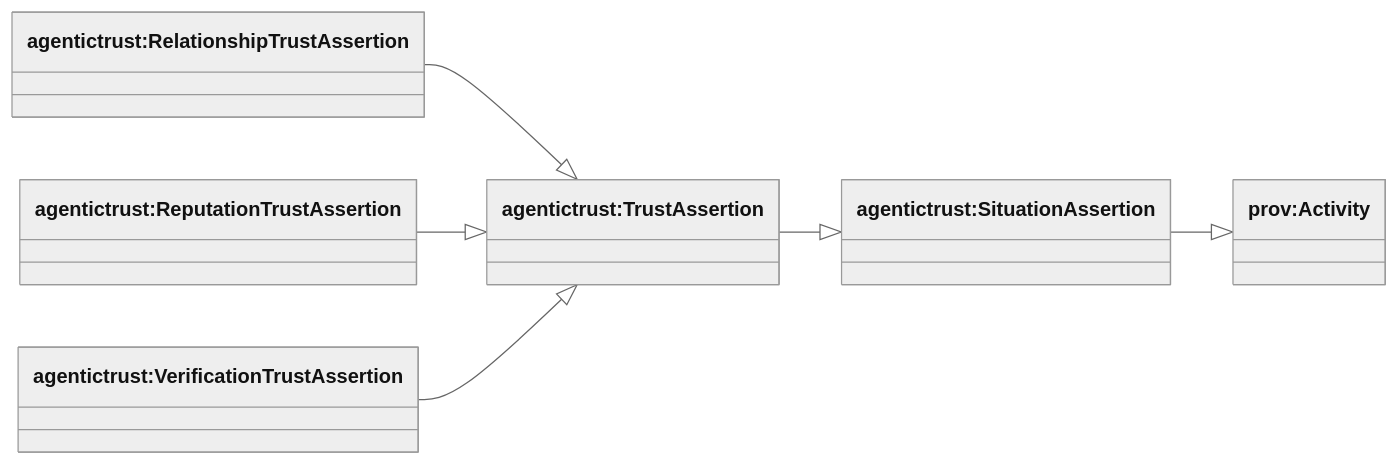
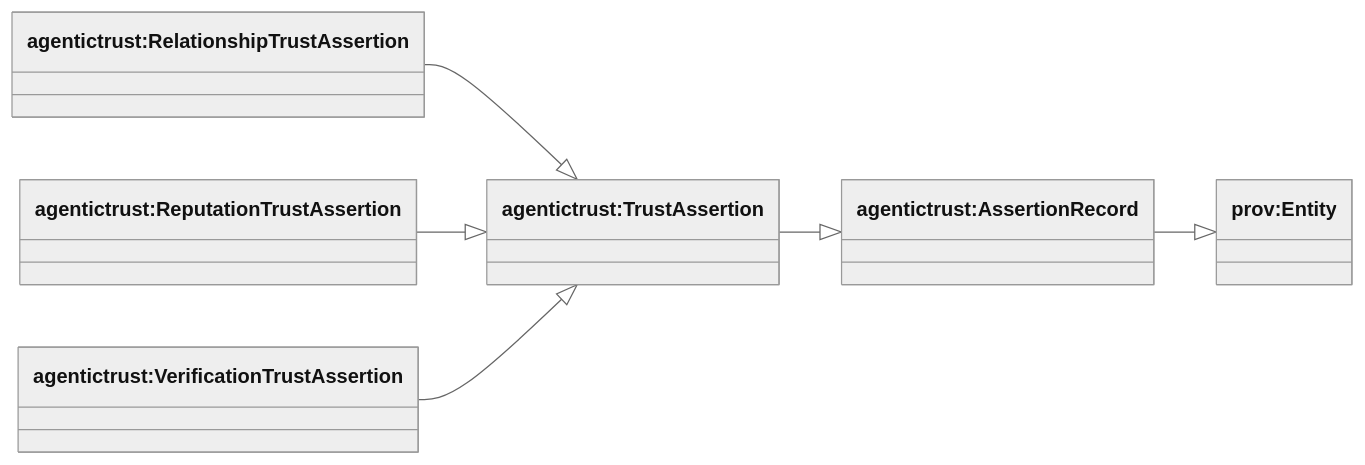
One commit to Agentic-Trust-Layer/agent-explorer changed the third of 8 diagrams in docs/ontology/situation.md. Above: the diagram before and after it, drawn with Mermaid (neutral theme). The commit also changed other lines of this file and 12 other files, not shown here.

````diff
--- a/docs/ontology/situation.md
+++ b/docs/ontology/situation.md
@@ -64,17 +85,17 @@
 ```mermaid
 classDiagram
 direction LR
 
-class provActivity["prov:Activity"]
-class SituationAssertion["agentictrust:SituationAssertion"]
+class provEntity["prov:Entity"]
+class AssertionRecord["agentictrust:AssertionRecord"]
 class TrustAssertion["agentictrust:TrustAssertion"]
 class RelationshipAssertion["agentictrust:RelationshipTrustAssertion"]
 class ReputationAssertion["agentictrust:ReputationTrustAssertion"]
 class VerificationAssertion["agentictrust:VerificationTrustAssertion"]
 
-SituationAssertion --|> provActivity
-TrustAssertion --|> SituationAssertion
+AssertionRecord --|> provEntity
+TrustAssertion --|> AssertionRecord
 RelationshipAssertion --|> TrustAssertion
 ReputationAssertion --|> TrustAssertion
 VerificationAssertion --|> TrustAssertion
 ```
````
